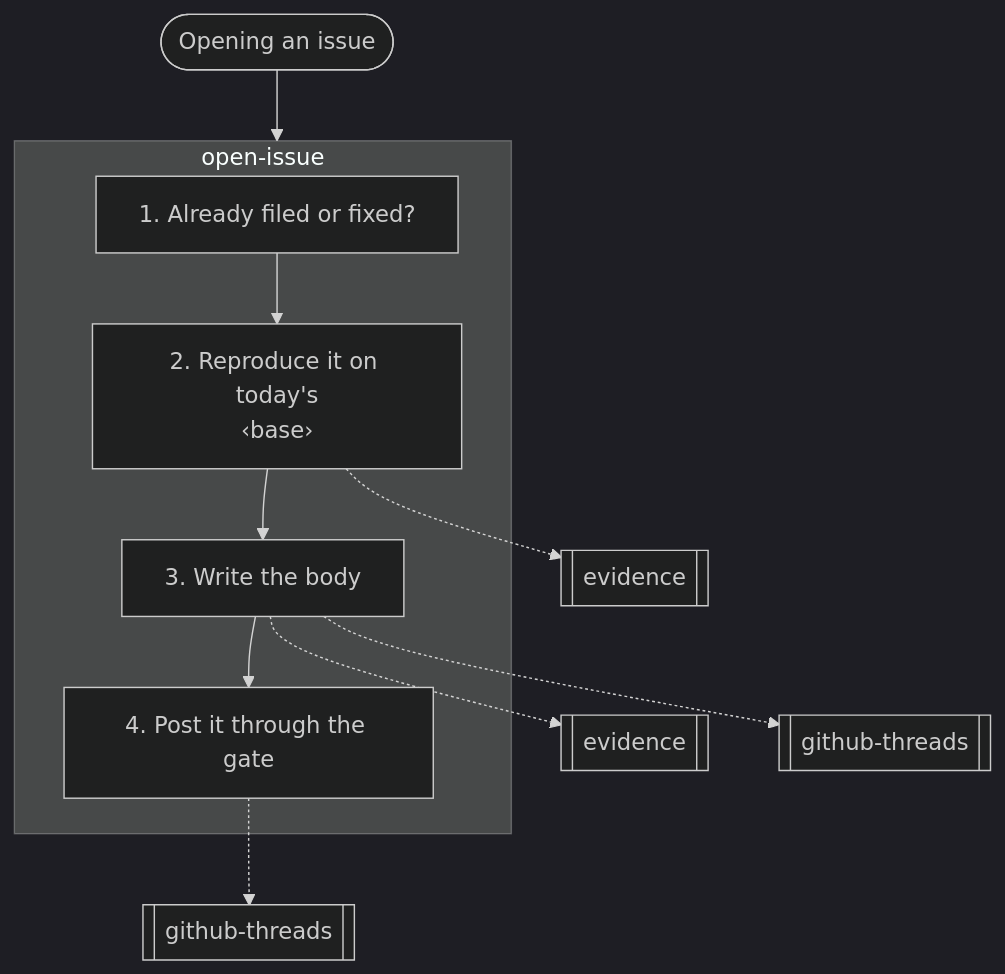
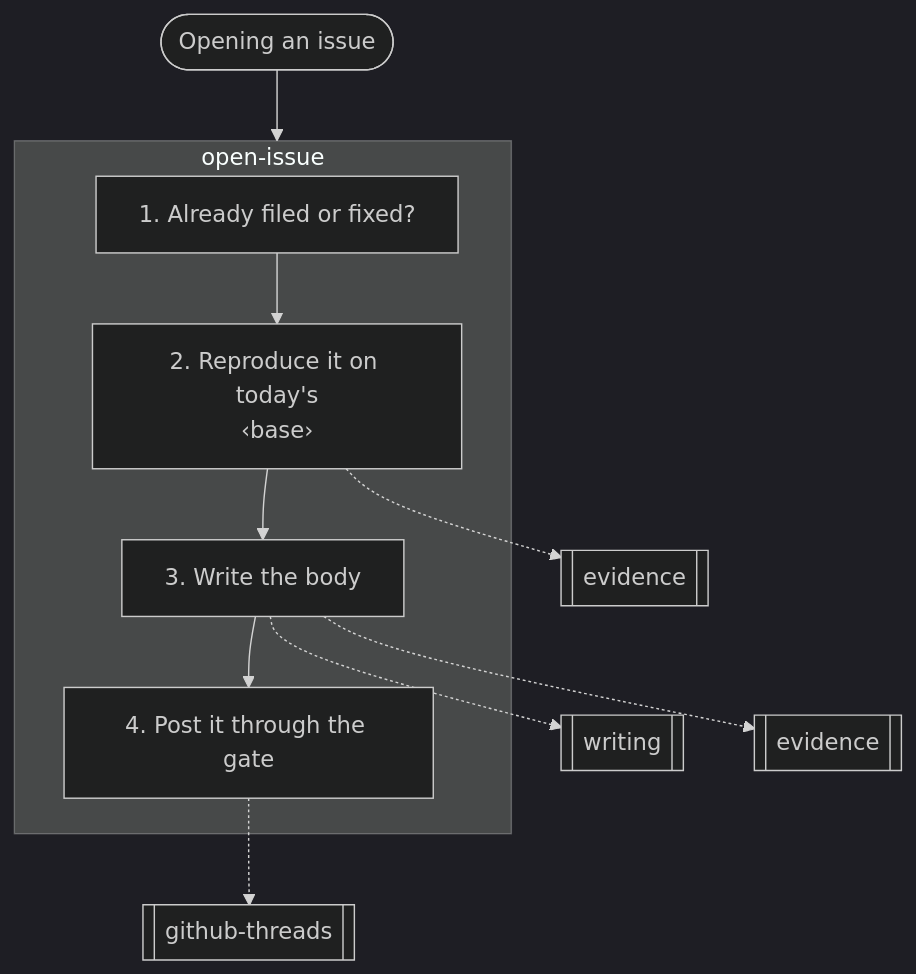
The eighth of 17 diagrams in docs/graphs.md (nitedani/mergeworthy), drawn with Mermaid (dark theme) before and after one commit. The commit also changed other lines of this file and 14 other files, not shown here.

````diff
--- a/docs/graphs.md
+++ b/docs/graphs.md
@@ -215,18 +239,18 @@
 ```mermaid
 flowchart TB
   start(["Opening an issue"])
   subgraph g0["open-issue"]
     s0["1. Already filed or fixed?"]
     s1["2. Reproduce it on today's<br/>‹base›"]
     s0 --> s1
     s2["3. Write the body"]
     s1 --> s2
     s3["4. Post it through the gate"]
     s2 --> s3
   end
   s1 -.-> r1[["evidence"]]
-  s2 -.-> r2[["evidence"]]
-  s2 -.-> r3[["github-threads"]]
+  s2 -.-> r2[["writing"]]
+  s2 -.-> r3[["evidence"]]
   s3 -.-> r4[["github-threads"]]
   start --> g0
 ```
````
